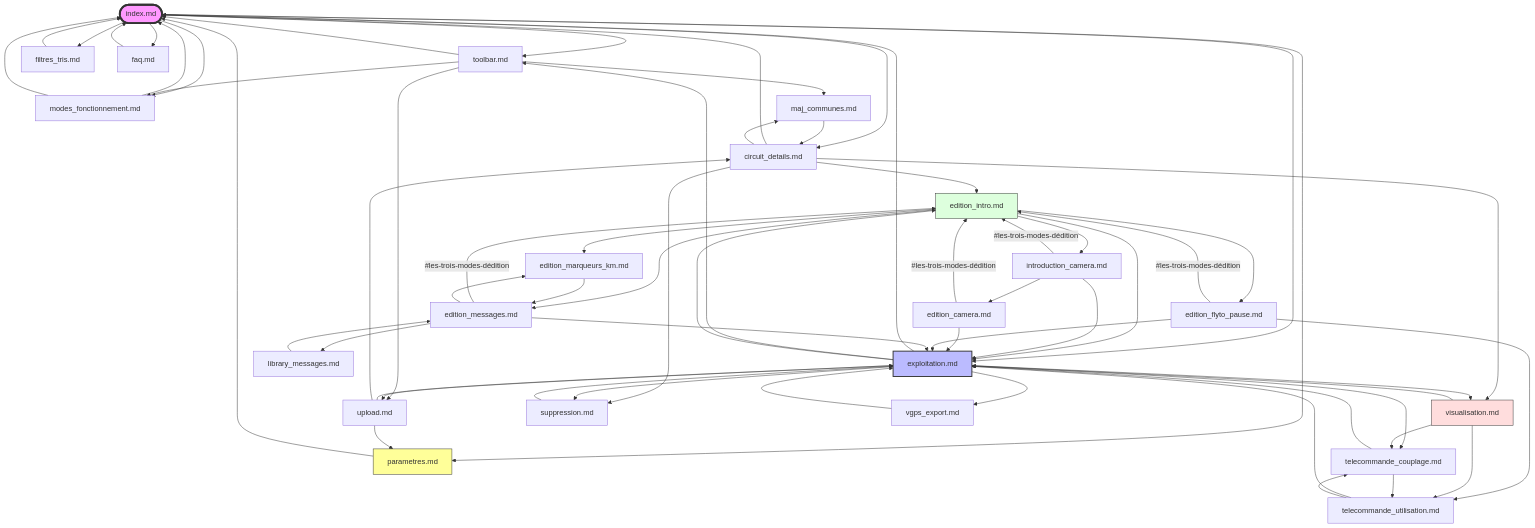
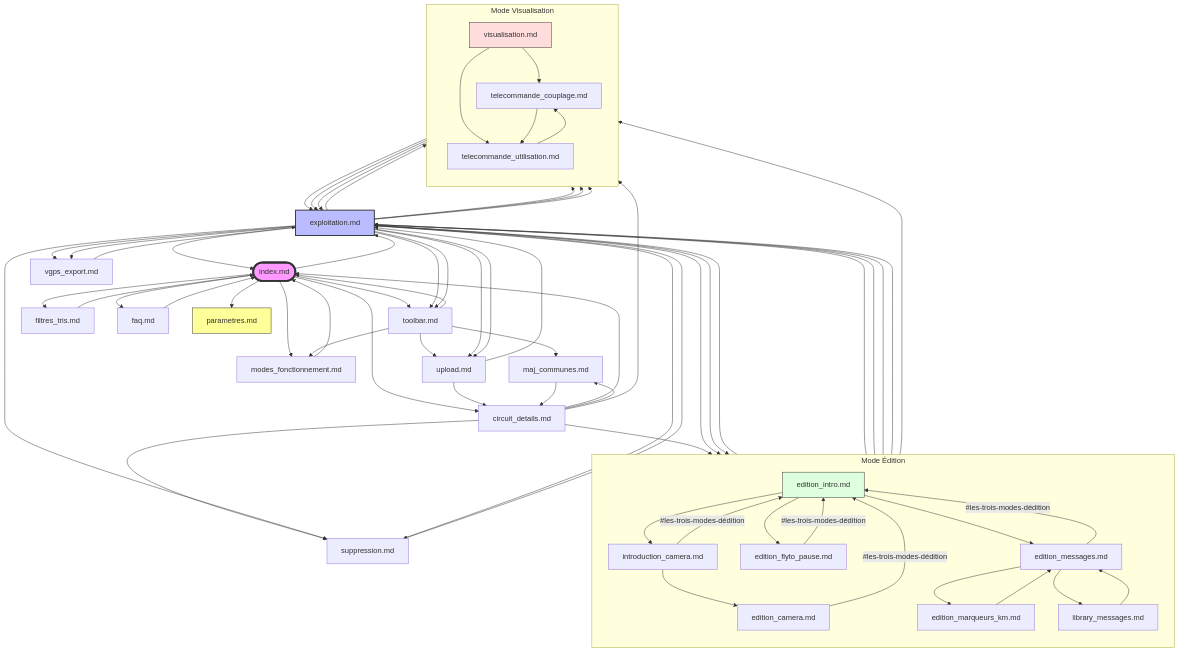
The diagram in docs/DocAnnexe/arborescence.md (JMBaubet/VisuGPS), drawn with Mermaid before and after one commit. The commit also changed 7 other files, not shown here.

First line of the commit message:
Documentation : harmonisation des liens vers les paramètres et amélioration de l'arborescence

```diff
--- a/docs/DocAnnexe/arborescence.md
+++ b/docs/DocAnnexe/arborescence.md
@@ -32,7 +32,6 @@
     Exploit --> Index
     Modes --> Index
     FAQ --> Index
-    Param --> Index
 
     %% Liens depuis la Barre d'Outils
     Toolbar --> MajCommunes
@@ -42,7 +41,6 @@
     %% Liens depuis l'Importation (Upload)
     Upload --> Exploit
     Upload --> Details
-    Upload --> Param
 
     %% Liens depuis Détails Circuit
     Details --> MajCommunes
@@ -59,50 +57,75 @@
     Exploit --> Export[vgps_export.md]
     Exploit --> Suppression
 
-    %% Détails de l'Édition
-    Editeur --> IntroCam[introduction_camera.md]
-    Editeur --> EditFly[edition_flyto_pause.md]
-    Editeur --> EditKM[edition_marqueurs_km.md]
-    Editeur --> EditMsg[edition_messages.md]
+    subgraph Mode_Edition ["Mode Édition"]
+        direction TB
+        Editeur[edition_intro.md]
+        IntroCam[introduction_camera.md]
+        EditFly[edition_flyto_pause.md]
+        EditKM[edition_marqueurs_km.md]
+        EditMsg[edition_messages.md]
+        EditCam[edition_camera.md]
+        LibMsg[library_messages.md]
+
+        %% Détails de l'Édition interne
+        Editeur --> IntroCam
+        Editeur --> EditFly
+        Editeur --> EditMsg
+        
+        IntroCam -->|#les-trois-modes-dédition| Editeur
+        IntroCam --> EditCam
+        
+        EditCam -->|#les-trois-modes-dédition| Editeur
+        
+        EditFly -->|#les-trois-modes-dédition| Editeur
+        
+        EditMsg -->|#les-trois-modes-dédition| Editeur
+        EditMsg --> EditKM
+        EditMsg --> LibMsg
+        
+        EditKM --> EditMsg
+        LibMsg --> EditMsg
+    end
+
+    subgraph Mode_Visualisation ["Mode Visualisation"]
+        direction TB
+        Visu[visualisation.md]
+        RemoteCouplage[telecommande_couplage.md]
+        RemoteUtil[telecommande_utilisation.md]
+
+        %% Liens internes Visualisation
+        Visu --> RemoteCouplage
+        Visu --> RemoteUtil
+        RemoteCouplage --> RemoteUtil
+        RemoteUtil --> RemoteCouplage
+    end
+
+    %% Liens depuis le Guide d'Exploitation (Exploitation)
+    Exploit --> Toolbar
+    Exploit --> Upload
+    Exploit --> Editeur
+    Exploit --> Visu
+    Exploit --> RemoteCouplage
+    Exploit --> Export[vgps_export.md]
+    Exploit --> Suppression
+
+    %% Liens externes depuis le mode Edition
     Editeur --> Exploit
+    IntroCam --> Exploit
+    EditCam --> Exploit
+    EditFly --> RemoteUtil
+    EditFly --> Exploit
+    EditMsg --> Exploit
 
-    %% Sous-pages d'Édition vers les sommets
-    IntroCam -->|#les-trois-modes-dédition| Editeur
-    IntroCam --> EditCam[edition_camera.md]
-    IntroCam --> Exploit
-
-    EditCam -->|#les-trois-modes-dédition| Editeur
-    EditCam --> Exploit
-
-    EditFly -->|#les-trois-modes-dédition| Editeur
-    EditFly --> RemoteUtil[telecommande_utilisation.md]
-    EditFly --> Exploit
-
-    EditMsg -->|#les-trois-modes-dédition| Editeur
-    EditMsg --> EditKM
-    EditMsg --> LibMsg[library_messages.md]
-    EditMsg --> Exploit
-    
-    EditKM --> EditMsg
-
-    LibMsg --> EditMsg
-
-    %% Visualisation et Télécommande
-    Visu --> RemoteCouplage
-    Visu --> RemoteUtil
+    %% Liens externes depuis le mode Visualisation
     Visu --> Exploit
-
     RemoteCouplage --> Exploit
-    RemoteCouplage --> RemoteUtil
-
     RemoteUtil --> Exploit
-    RemoteUtil --> RemoteCouplage
 
     %% Retours Techniques
     Export --> Exploit
     Suppression --> Exploit
     MajCommunes --> Details
-    Modes --> Index
 
     %% Styles
     style Index fill:#f9f,stroke:#333,stroke-width:4px
```
